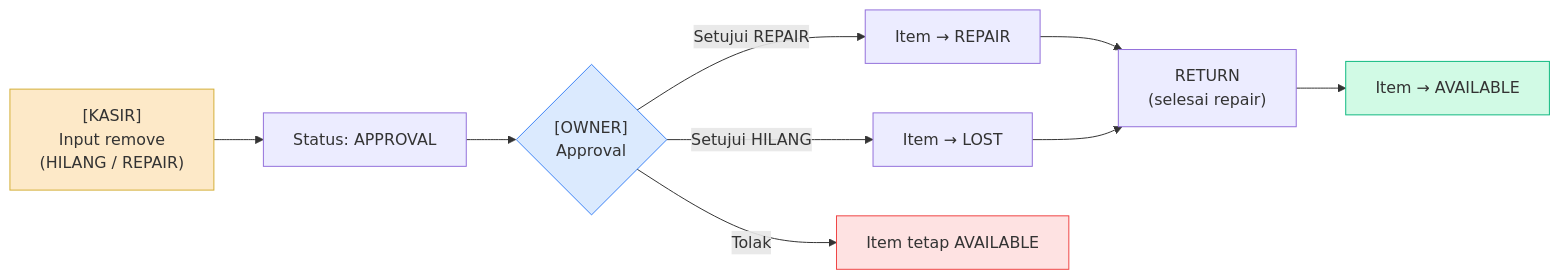
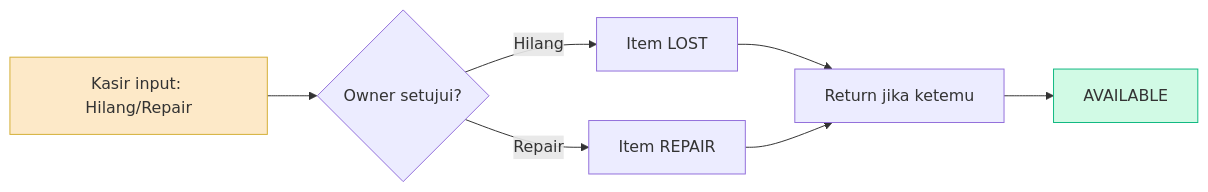
Before and after one commit to Armand96/toko_emas: the sixth of 8 diagrams in MANUAL_BOOK.md, drawn with Mermaid. The commit also changed other lines of this file and 14 other files, not shown here.

````diff
--- a/MANUAL_BOOK.md
+++ b/MANUAL_BOOK.md
@@ -417,15 +330,11 @@
 ```mermaid
 flowchart LR
-    A["[KASIR]<br/>Input remove<br/>(HILANG / REPAIR)"] --> B["Status: APPROVAL"]
-    B --> C{"[OWNER]<br/>Approval"}
-    C -->|Setujui HILANG| D["Item → LOST"]
-    C -->|Setujui REPAIR| E["Item → REPAIR"]
-    C -->|Tolak| F["Item tetap AVAILABLE"]
-    E --> G["RETURN<br/>(selesai repair)"]
-    D --> G
-    G --> H["Item → AVAILABLE"]
+    A[Kasir input: Hilang/Repair] --> B{Owner setujui?}
+    B -->|Hilang| C[Item LOST]
+    B -->|Repair| D[Item REPAIR]
+    C --> E[Return jika ketemu]
+    D --> E
+    E --> F[AVAILABLE]
     style A fill:#fde9c8,stroke:#d4af37
-    style C fill:#dbeafe,stroke:#3b82f6
-    style H fill:#d1fae5,stroke:#10b981
-    style F fill:#fee2e2,stroke:#ef4444
+    style F fill:#d1fae5,stroke:#10b981
 ```
````
